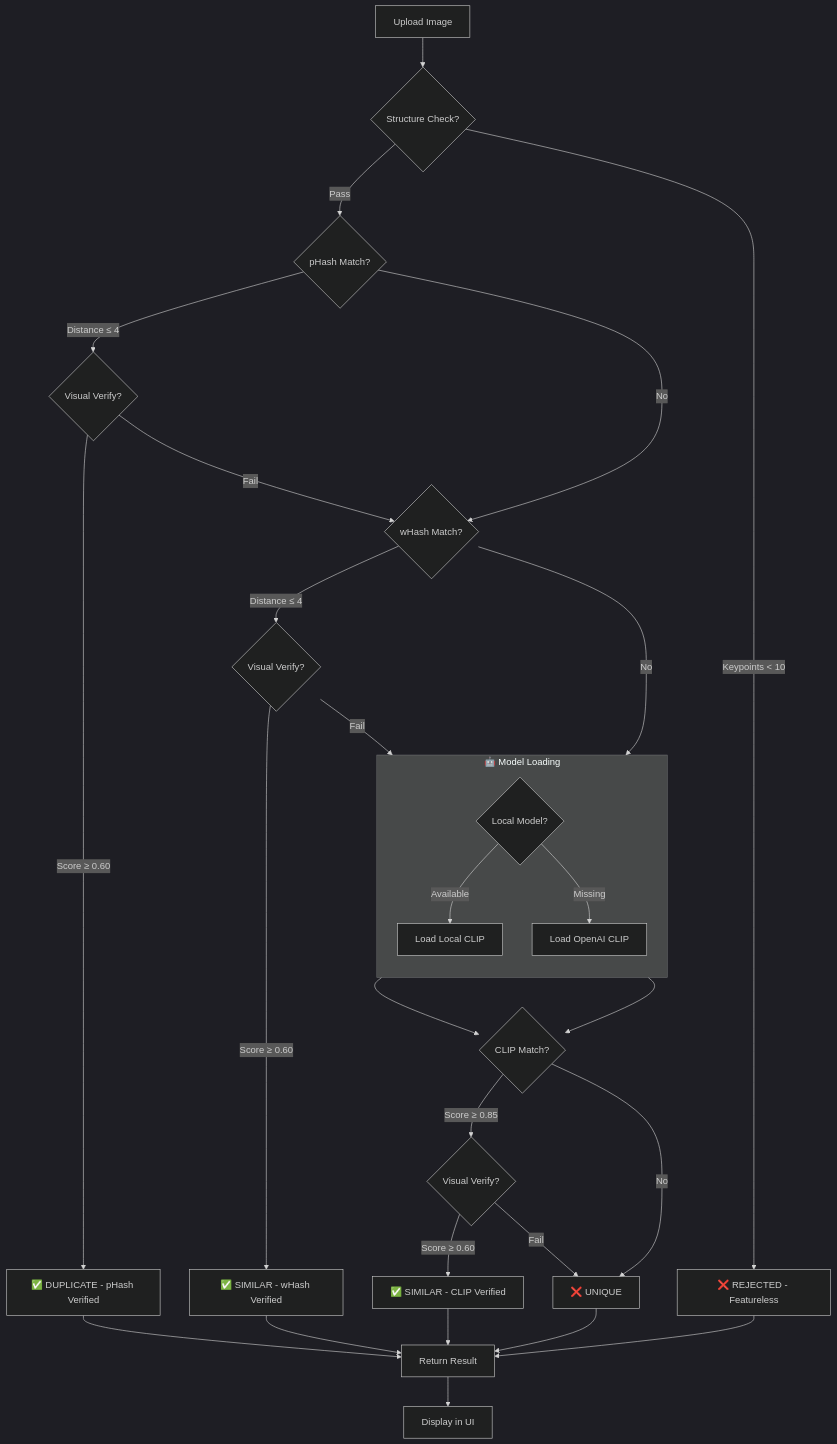
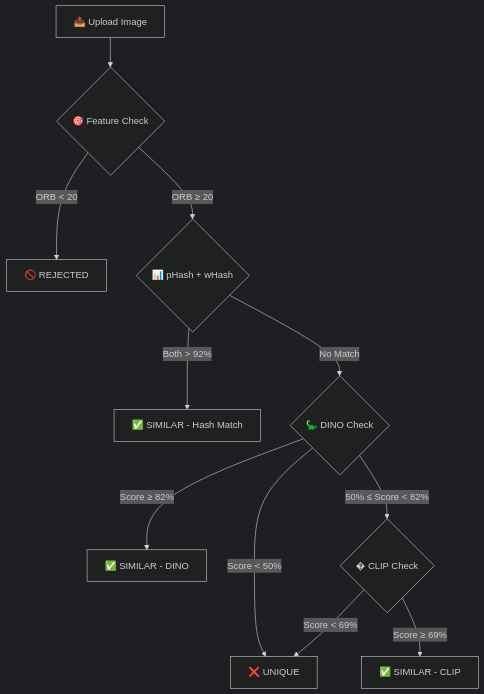
Before and after one commit to gaurav337/DejaView: the third of 3 diagrams in README.md, drawn with Mermaid (dark theme). The commit also changed other lines of this file, not shown here.

````diff
--- a/README.md
+++ b/README.md
@@ -237,45 +226,16 @@
 ```mermaid
 flowchart TD
-    A[Upload Image] --> SC{Structure Check?}
-    SC -->|Keypoints < 10| R[❌ REJECTED - Featureless]
-    SC -->|Pass| B{pHash Match?}
+    A[📤 Upload Image] --> SC{🎯 Feature Check}
+    SC -->|ORB < 20| R[🚫 REJECTED]
+    SC -->|ORB ≥ 20| B{📊 pHash + wHash}
     
-    B -->|Distance ≤ 4| V1{Visual Verify?}
-    V1 -->|Score ≥ 0.60| C[✅ DUPLICATE - pHash Verified]
-    V1 -->|Fail| D
-    B -->|No| D{wHash Match?}
+    B -->|Both > 92%| D1[✅ SIMILAR - Hash Match]
+    B -->|No Match| DL{🦕 DINO Check}
     
-    D -->|Distance ≤ 4| V2{Visual Verify?}
-    V2 -->|Score ≥ 0.60| E[✅ SIMILAR - wHash Verified]
+    DL -->|Score ≥ 82%| D2[✅ SIMILAR - DINO]
+    DL -->|Score < 50%| U[❌ UNIQUE]
+    DL -->|50% ≤ Score < 82%| CL{� CLIP Check}
     
-    %% FIX: Connect to the 'Check' node inside the subgraph, not the subgraph itself
-    V2 -->|Fail| Check
-    D -->|No| Check
-    
-    subgraph LoadModels["🤖 Model Loading"]
-        direction TB
-        Check{Local Model?}
-        Local[Load Local CLIP]
-        Online[Load OpenAI CLIP]
-        
-        Check -->|Available| Local
-        Check -->|Missing| Online
-    end
-
-    %% FIX: Connect from the nodes inside the subgraph to F
-    Local --> F{CLIP Match?}
-    Online --> F
-    
-    F -->|Score ≥ 0.85| V3{Visual Verify?}
-    V3 -->|Score ≥ 0.60| G[✅ SIMILAR - CLIP Verified]
-    V3 -->|Fail| H
-    F -->|No| H[❌ UNIQUE]
-    
-    C --> I[Return Result]
-    E --> I
-    G --> I
-    H --> I
-    R --> I
-    
-    I --> J[Display in UI]
+    CL -->|Score ≥ 69%| D3[✅ SIMILAR - CLIP]
+    CL -->|Score < 69%| U
 ```
````
